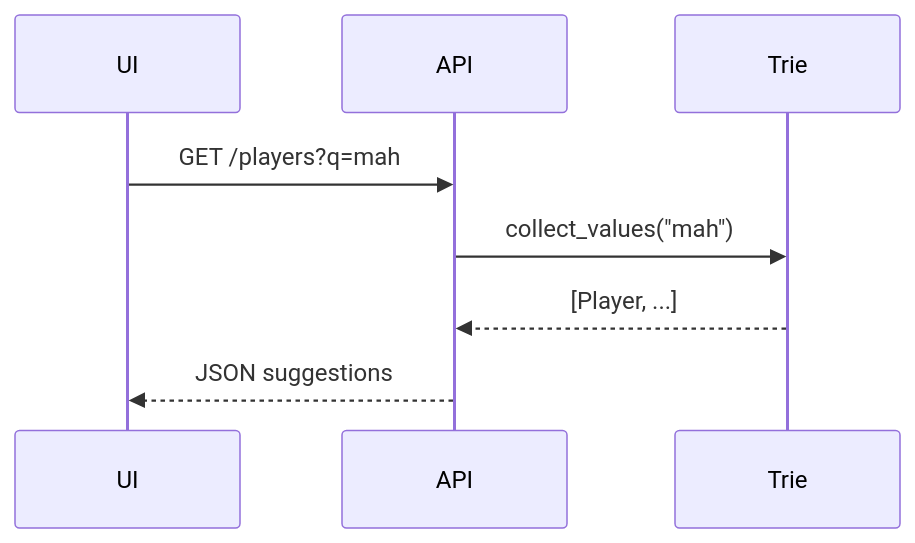
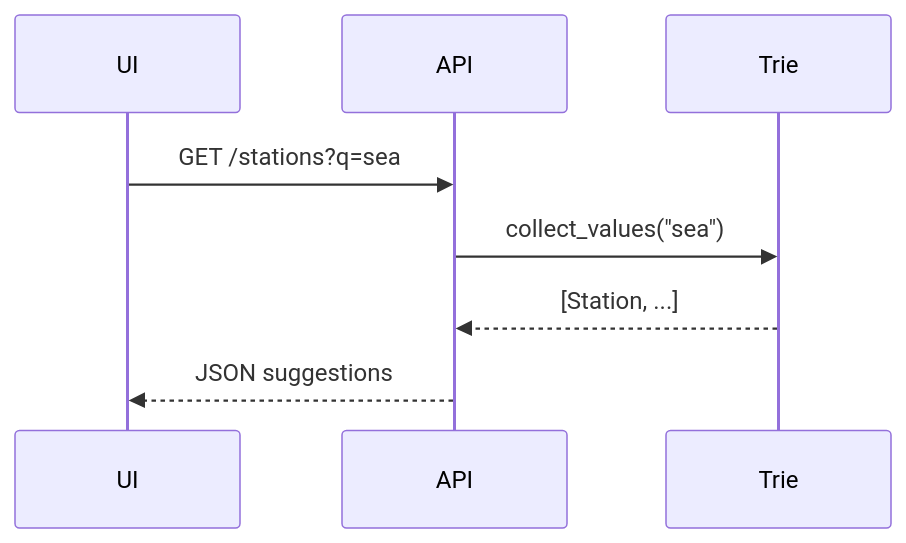
The eighth of 8 diagrams in docs/dsa/data-structures/tries/index.md (qgjones9/python-programming-guide), drawn with Mermaid before and after one commit. The commit also changed other lines of this file and 29 other files, not shown here.

````diff
--- a/docs/dsa/data-structures/tries/index.md
+++ b/docs/dsa/data-structures/tries/index.md
@@ -758,10 +744,10 @@
 ```mermaid
 sequenceDiagram
   participant UI
   participant API
   participant Trie
-  UI->>API: GET /players?q=mah
-  API->>Trie: collect_values("mah")
-  Trie-->>API: [Player, ...]
+  UI->>API: GET /stations?q=sea
+  API->>Trie: collect_values("sea")
+  Trie-->>API: [Station, ...]
   API-->>UI: JSON suggestions
 ```
````
